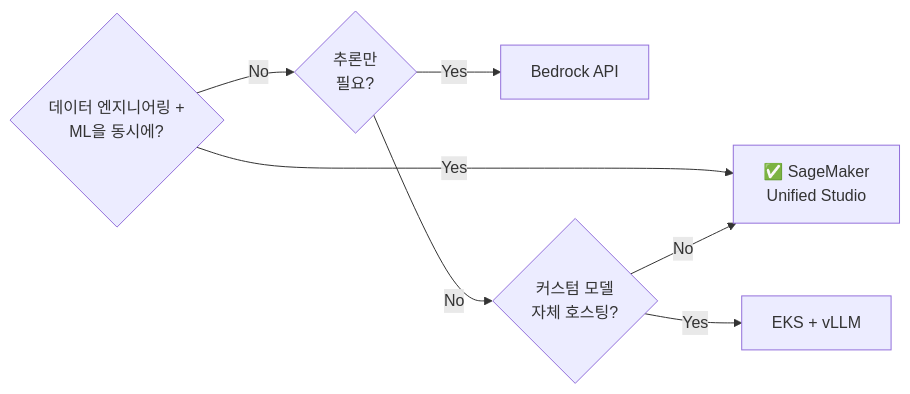
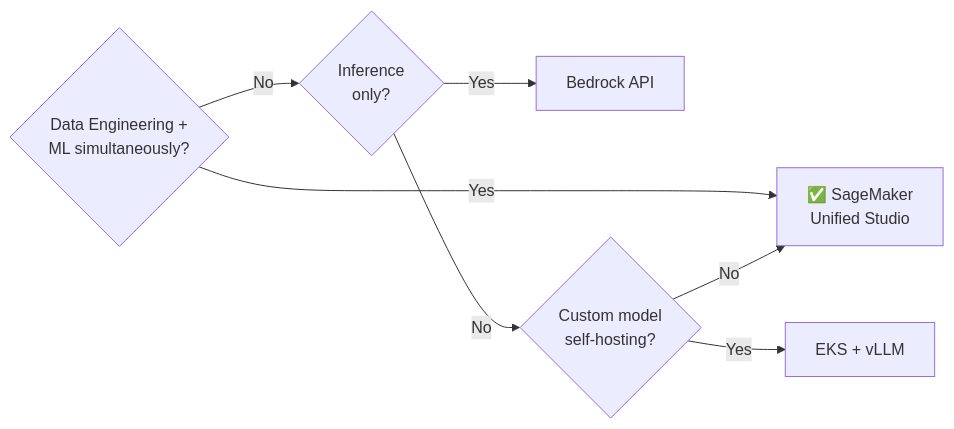
One commit to devfloor9/engineering-playbook changed the second of 7 diagrams in docs/agentic-ai-platform/design-architecture/platform-selection/ai-platform-decision-framework.md. Above: the diagram before and after it, drawn with Mermaid. The commit also changed other lines of this file and 954 other files, not shown here.

````diff
--- a/docs/agentic-ai-platform/design-architecture/platform-selection/ai-platform-decision-framework.md
+++ b/docs/agentic-ai-platform/design-architecture/platform-selection/ai-platform-decision-framework.md
@@ -113,10 +113,10 @@
 ```mermaid
 flowchart LR
-    Q1{"데이터 엔지니어링 +<br/>ML을 동시에?"}
+    Q1{"Data Engineering +<br/>ML simultaneously?"}
     Q1 -->|Yes| US["✅ SageMaker<br/>Unified Studio"]
-    Q1 -->|No| Q2{"추론만<br/>필요?"}
+    Q1 -->|No| Q2{"Inference<br/>only?"}
     Q2 -->|Yes| BR["Bedrock API"]
-    Q2 -->|No| Q3{"커스텀 모델<br/>자체 호스팅?"}
+    Q2 -->|No| Q3{"Custom model<br/>self-hosting?"}
     Q3 -->|Yes| EKS["EKS + vLLM"]
     Q3 -->|No| US
 ```
````
